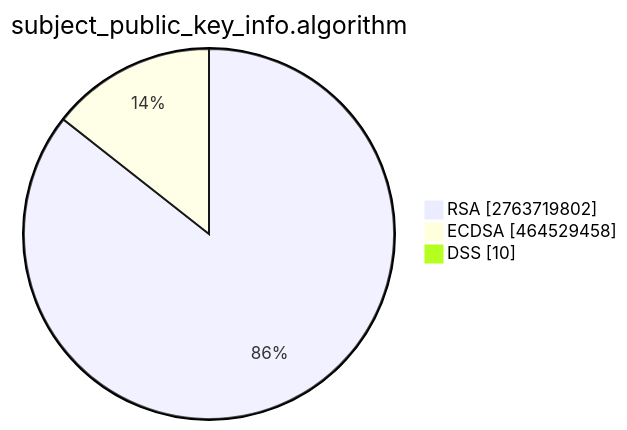
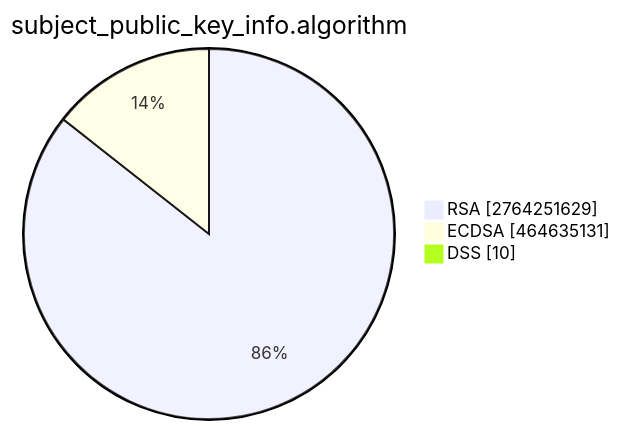
One commit to christiankrug/ctmonitor_visualization changed the second of 15 diagrams in TOTAL/README.md. Above: the diagram before and after it, drawn with Mermaid. The commit also changed other lines of this file, not shown here.

````diff
--- a/TOTAL/README.md
+++ b/TOTAL/README.md
@@ -6,7 +6,7 @@
 ```mermaid
 pie showData
 title subject_public_key_info.algorithm
-"RSA" :2763719802
-"ECDSA" :464529458
+"RSA" :2764251629
+"ECDSA" :464635131
 "DSS" :10
 ```
````
